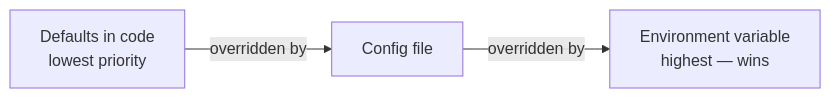
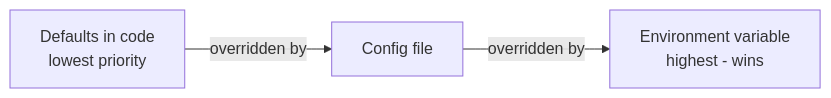
The diagram in guides/devops/env-vars-and-config/03-config-files-yaml.md (Topurrra/themissingmanual), drawn with Mermaid before and after one commit. The commit also changed other lines of this file and 1009 other files, not shown here.

````diff
--- a/guides/devops/env-vars-and-config/03-config-files-yaml.md
+++ b/guides/devops/env-vars-and-config/03-config-files-yaml.md
@@ -131,5 +131,5 @@
 ```mermaid
 flowchart LR
   Defaults[Defaults in code<br/>lowest priority] -->|overridden by| File[Config file]
-  File -->|overridden by| Env[Environment variable<br/>highest — wins]
+  File -->|overridden by| Env[Environment variable<br/>highest - wins]
 ```
````
